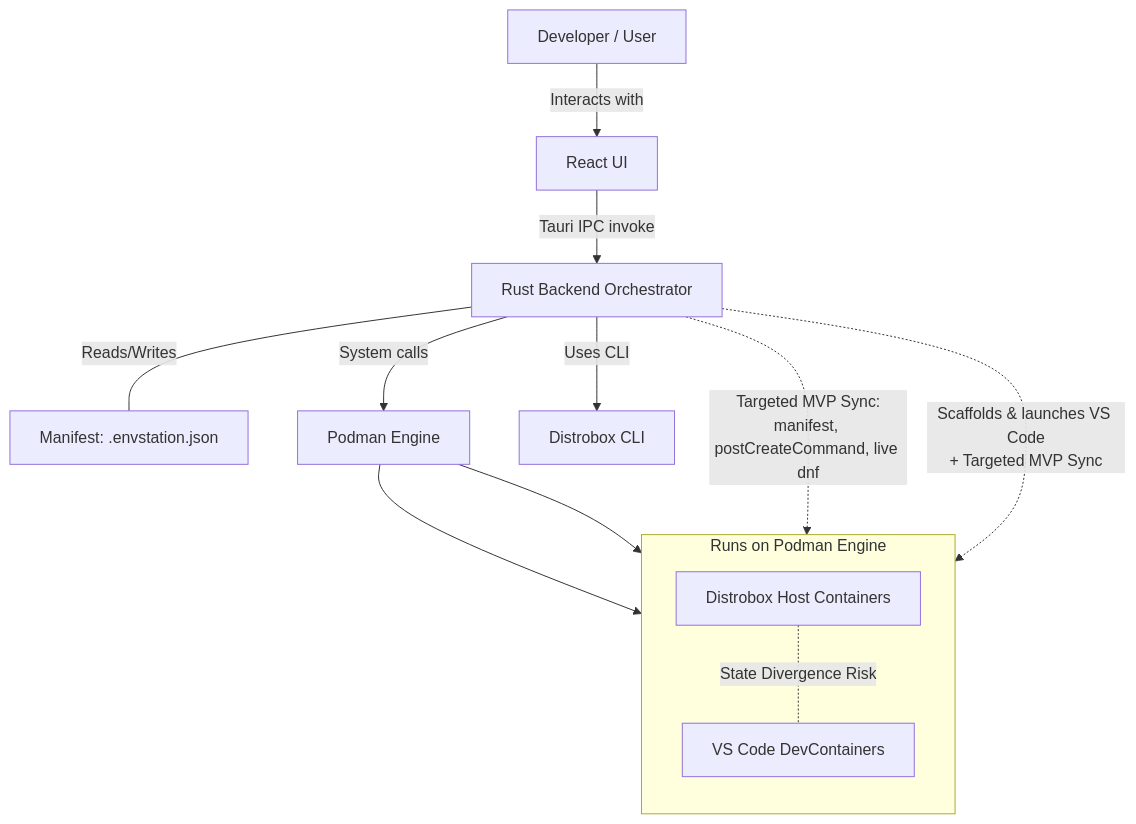
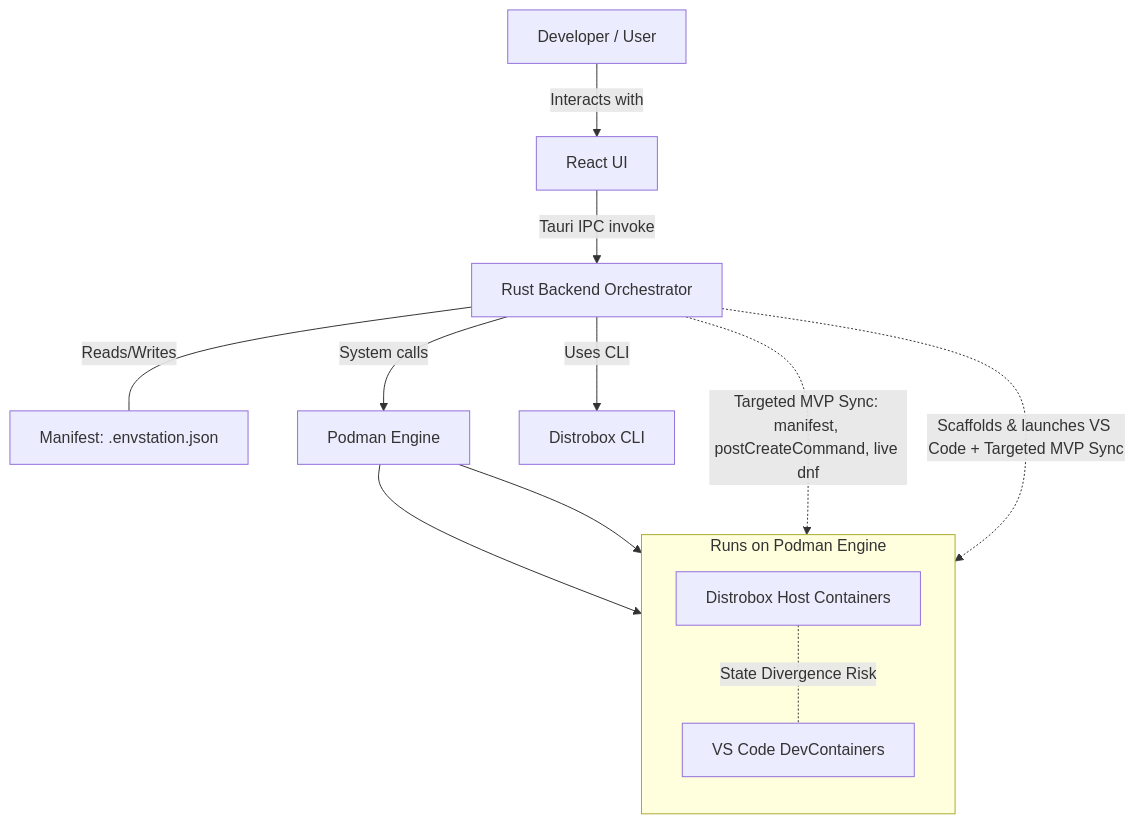
Before and after one commit to Kubaguette/bazzite-architect: the first of 8 diagrams in ARCHITECTURE.md, drawn with Mermaid. The commit also changed other lines of this file, not shown here.

Commit message:
architecture.md updated with new chapter EnvShare

````diff
--- a/ARCHITECTURE.md
+++ b/ARCHITECTURE.md
@@ -43,21 +45,21 @@
 ```mermaid
 graph TD
   A[Developer / User] -->|Interacts with| B[React UI]
   B -->|Tauri IPC invoke| C[Rust Backend Orchestrator]
   C -- Reads/Writes --- D[Manifest: .envstation.json]
   C -->|System calls| E[Podman Engine]
   C -->|Uses CLI| H[Distrobox CLI]
 
   E --> F
   E --> G
   
   subgraph Runs on Podman Engine
     direction TB
     F[Distrobox Host Containers]
     G[VS Code DevContainers]
   end
 
-  C -.->|Targeted MVP Sync:<br/>manifest, postCreateCommand, live dnf| F
-  C -.->|Scaffolds & launches VS Code<br/>+ Targeted MVP Sync| G
+  C -.->|Targeted MVP Sync: manifest, postCreateCommand, live dnf| F
+  C -.->|Scaffolds & launches VS Code + Targeted MVP Sync| G
   F -.-|State Divergence Risk| G
 ```
````
